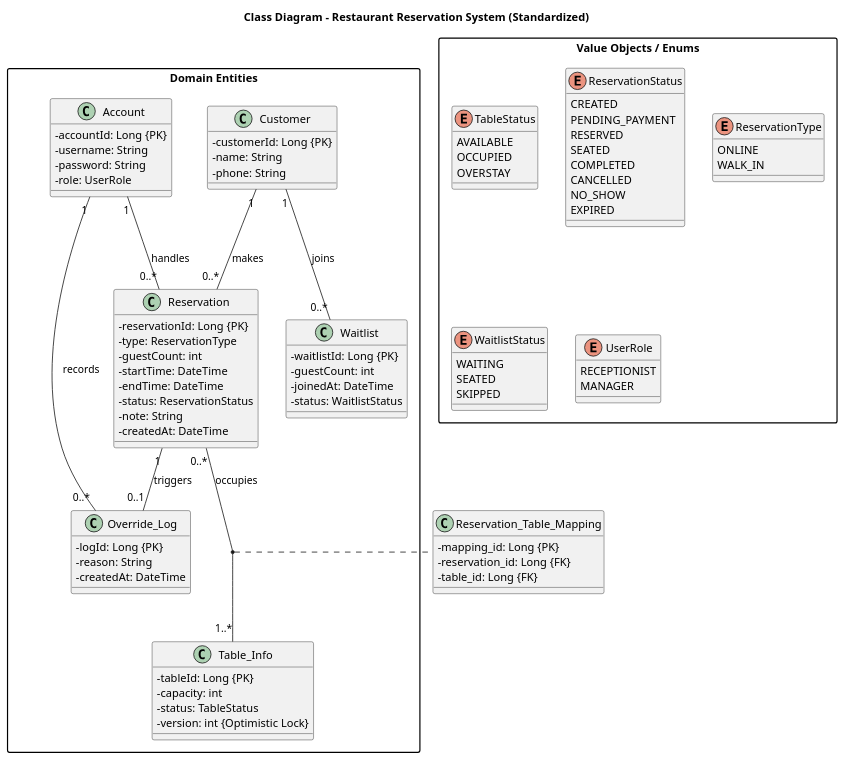
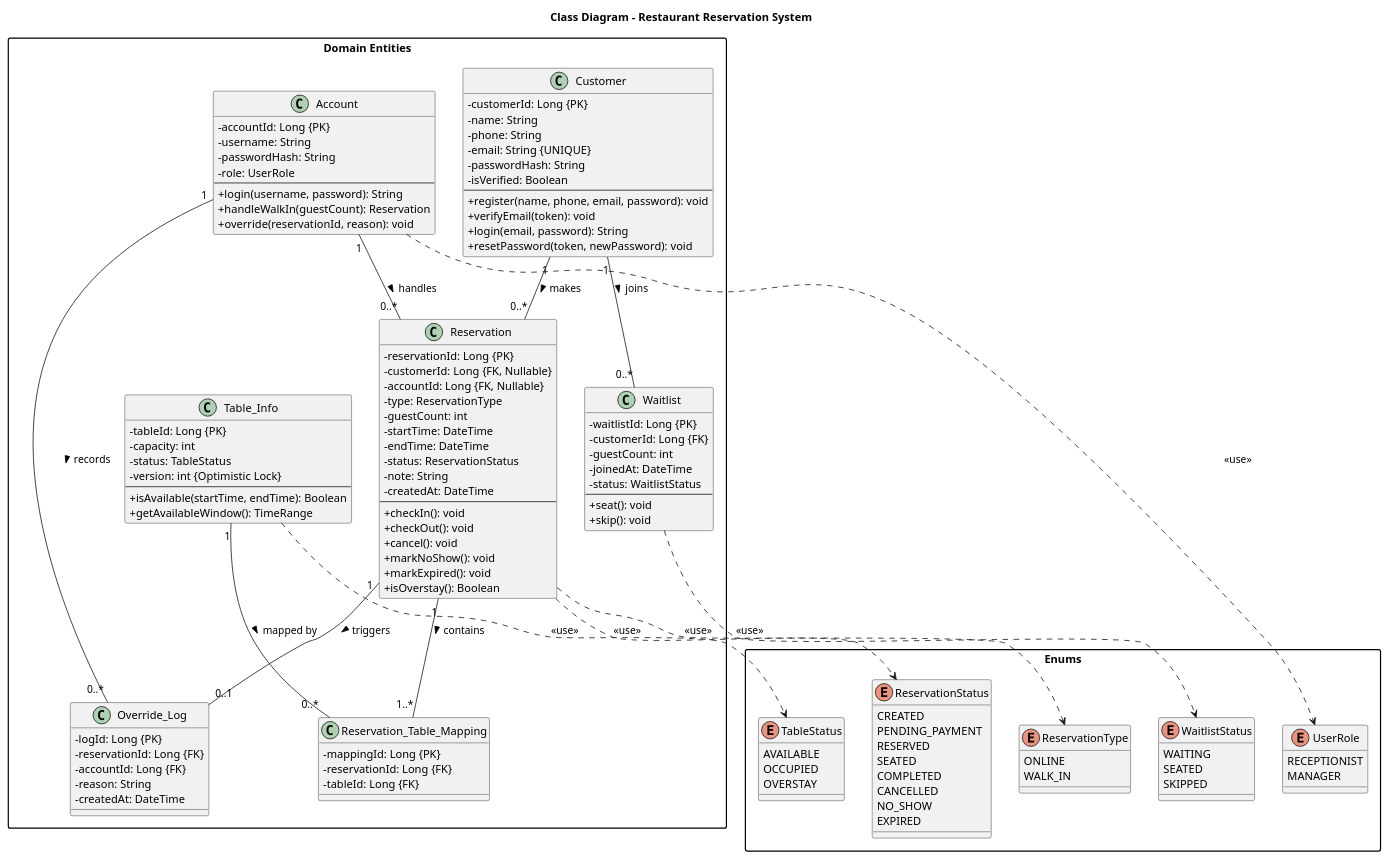
One commit to QuangLam0208/restaurant-reservation-system changed the diagram in docs/uml/class-diagram.puml. Above: the diagram before and after it, drawn with PlantUML.

Commit message:
update  class diagram

```diff
--- a/docs/uml/class-diagram.puml
+++ b/docs/uml/class-diagram.puml
@@ -1,106 +1,151 @@
 @startuml
-title Class Diagram - Restaurant Reservation System (Standardized)
+title Class Diagram - Restaurant Reservation System
 
 skinparam classAttributeIconSize 0
 skinparam packageStyle rectangle
 
 package "Domain Entities" {
+
     class Customer {
         - customerId: Long {PK}
         - name: String
         - phone: String
+        - email: String {UNIQUE}
+        - passwordHash: String
+        - isVerified: Boolean
+        --
+        + register(name, phone, email, password): void
+        + verifyEmail(token): void
+        + login(email, password): String
+        + resetPassword(token, newPassword): void
     }
 
     class Table_Info {
         - tableId: Long {PK}
         - capacity: int
         - status: TableStatus
         - version: int {Optimistic Lock}
+        --
+        + isAvailable(startTime, endTime): Boolean
+        + getAvailableWindow(): TimeRange
     }
 
     class Reservation {
         - reservationId: Long {PK}
+        - customerId: Long {FK, Nullable}
+        - accountId: Long {FK, Nullable}
         - type: ReservationType
         - guestCount: int
         - startTime: DateTime
         - endTime: DateTime
         - status: ReservationStatus
         - note: String
         - createdAt: DateTime
+        --
+        + checkIn(): void
+        + checkOut(): void
+        + cancel(): void
+        + markNoShow(): void
+        + markExpired(): void
+        + isOverstay(): Boolean
+    }
+
+    class Reservation_Table_Mapping {
+        - mappingId: Long {PK}
+        - reservationId: Long {FK}
+        - tableId: Long {FK}
     }
 
     class Waitlist {
         - waitlistId: Long {PK}
+        - customerId: Long {FK}
         - guestCount: int
         - joinedAt: DateTime
         - status: WaitlistStatus
+        --
+        + seat(): void
+        + skip(): void
     }
 
     class Account {
         - accountId: Long {PK}
         - username: String
-        - password: String
+        - passwordHash: String
         - role: UserRole
+        --
+        + login(username, password): String
+        + handleWalkIn(guestCount): Reservation
+        + override(reservationId, reason): void
     }
 
     class Override_Log {
         - logId: Long {PK}
+        - reservationId: Long {FK}
+        - accountId: Long {FK}
         - reason: String
         - createdAt: DateTime
     }
 }
 
-package "Value Objects / Enums" {
+package "Enums" {
     enum TableStatus {
         AVAILABLE
         OCCUPIED
         OVERSTAY
     }
 
     enum ReservationStatus {
         CREATED
         PENDING_PAYMENT
         RESERVED
         SEATED
         COMPLETED
         CANCELLED
         NO_SHOW
         EXPIRED
     }
 
     enum ReservationType {
         ONLINE
         WALK_IN
     }
 
     enum WaitlistStatus {
         WAITING
         SEATED
         SKIPPED
     }
 
     enum UserRole {
         RECEPTIONIST
         MANAGER
     }
 }
 
-' Mối quan hệ giữa các thực thể
-Customer "1" -- "0..*" Reservation : "makes"
-Customer "1" -- "0..*" Waitlist : "joins"
+' ==========================================
+' RELATIONSHIPS
+' ==========================================
 
-' Quan hệ Nhiều - Nhiều cho nghiệp vụ Ghép bàn
-Reservation "0..*" -- "1..*" Table_Info : "occupies"
-(Reservation, Table_Info) .. Reservation_Table_Mapping
+' Customer
+Customer "1" -- "0..*" Reservation : makes >
+Customer "1" -- "0..*" Waitlist : joins >
 
-class Reservation_Table_Mapping {
-    - mapping_id: Long {PK}
-    - reservation_id: Long {FK}
-    - table_id: Long {FK}
-}
+' Reservation ↔ Table_Info (Many-to-Many qua bảng trung gian)
+Reservation "1" -- "1..*" Reservation_Table_Mapping : contains >
+Table_Info "1" -- "0..*" Reservation_Table_Mapping : mapped by >
 
-Account "1" -- "0..*" Reservation : "handles"
-Account "1" -- "0..*" Override_Log : "records"
-Reservation "1" -- "0..1" Override_Log : "triggers"
+' Account
+Account "1" -- "0..*" Reservation : handles >
+Account "1" -- "0..*" Override_Log : records >
+
+' Override_Log
+Reservation "1" -- "0..1" Override_Log : triggers >
+
+' Enum dependencies
+Table_Info ..> TableStatus : <<use>>
+Reservation ..> ReservationStatus : <<use>>
+Reservation ..> ReservationType : <<use>>
+Waitlist ..> WaitlistStatus : <<use>>
+Account ..> UserRole : <<use>>
 
 @enduml
```
